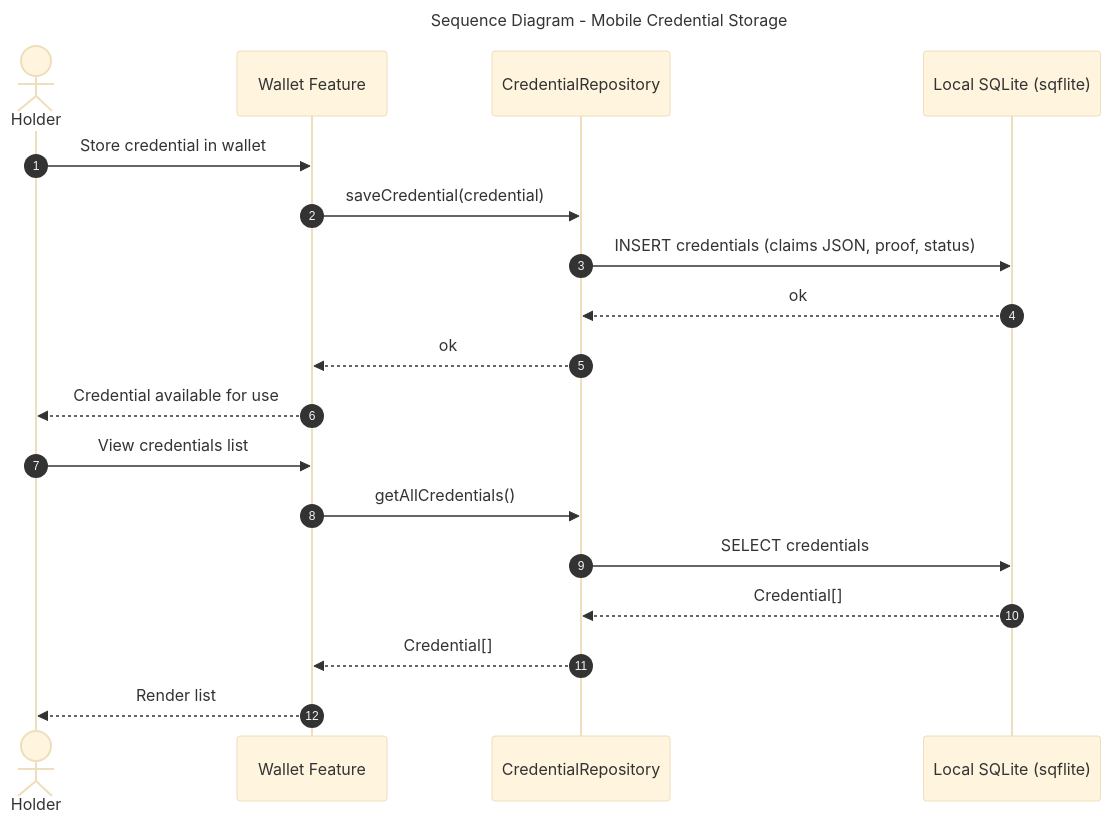
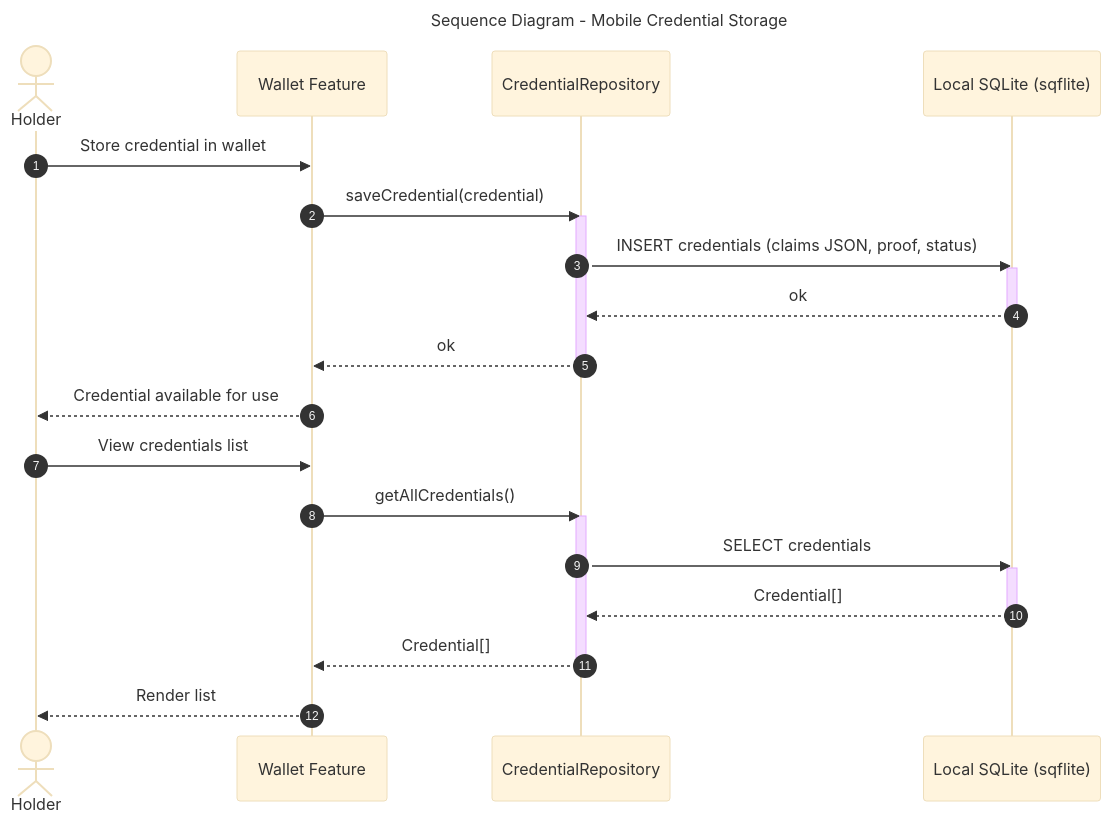
One commit to CHATEAUFORGE-LLC/QuantumZero changed the diagram in diagrams/sequence-mobile-vc-storage.mmd. Above: the diagram before and after it, drawn with Mermaid. The commit also changed 41 other files, not shown here.

Commit message:
Standardized all sequence diagrams, and refactored everything to ensure UML compliance, unification of content and design of key diagrams

```diff
--- a/diagrams/sequence-mobile-vc-storage.mmd
+++ b/diagrams/sequence-mobile-vc-storage.mmd
@@ -1,26 +1,34 @@
 ---
 title: Sequence Diagram - Mobile Credential Storage
 config:
   theme: base
 ---
 %% QuantumZero UML palette note: actors/external=#fff7e6/#b45309, system/component=#e0f2fe/#075985, datastore=#ecfccb/#4d7c0f, notes=#fff9c4/#d97706. Aligns diagrams to Deliverable 1 UML/DFD theme.
 sequenceDiagram
   autonumber
   actor User as Holder
   participant Feature as Wallet Feature
   participant Repo as CredentialRepository
   participant DB as Local SQLite (sqflite)
 
   User->>Feature: Store credential in wallet
   Feature->>Repo: saveCredential(credential)
+  activate Repo
   Repo->>DB: INSERT credentials (claims JSON, proof, status)
+  activate DB
   DB-->>Repo: ok
+  deactivate DB
   Repo-->>Feature: ok
+  deactivate Repo
   Feature-->>User: Credential available for use
 
   User->>Feature: View credentials list
   Feature->>Repo: getAllCredentials()
+  activate Repo
   Repo->>DB: SELECT credentials
+  activate DB
   DB-->>Repo: Credential[]
+  deactivate DB
   Repo-->>Feature: Credential[]
+  deactivate Repo
   Feature-->>User: Render list
```
